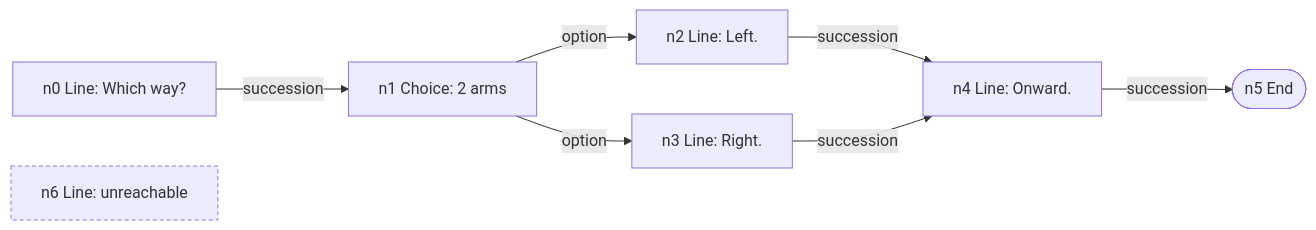
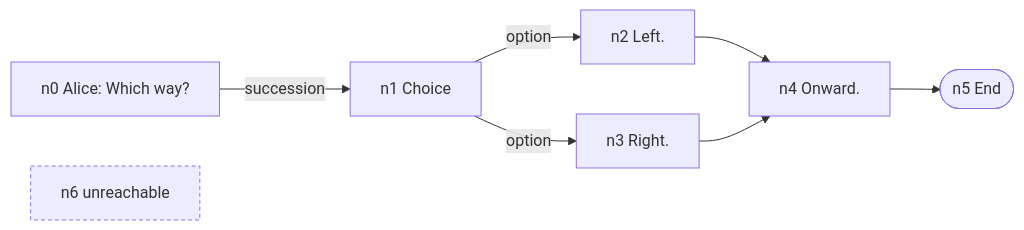
One commit to pengzhengyi/dialoguedown changed the diagram in docs/contributing/design-notes/visualization/report/Dialogue Graph Visualization Tab.md. Above: the diagram before and after it, drawn with Mermaid. The commit also changed other lines of this file and 124 other files, not shown here.

````diff
--- a/docs/contributing/design-notes/visualization/report/Dialogue Graph Visualization Tab.md
+++ b/docs/contributing/design-notes/visualization/report/Dialogue Graph Visualization Tab.md
@@ -96,11 +41,11 @@
 ```mermaid
 flowchart LR
-    n0["n0 Line: Which way?"] -->|succession| n1["n1 Choice: 2 arms"]
-    n1 -->|option| n2["n2 Line: Left."]
-    n1 -->|option| n3["n3 Line: Right."]
-    n2 -->|succession| n4["n4 Line: Onward."]
-    n3 -->|succession| n4
-    n4 -->|succession| n5(["n5 End"])
-    n6["n6 Line: unreachable"]:::orphan
+    n0["n0 Alice: Which way?"] -->|succession| n1["n1 Choice"]
+    n1 -->|option| n2["n2 Left."]
+    n1 -->|option| n3["n3 Right."]
+    n2 --> n4["n4 Onward."]
+    n3 --> n4
+    n4 --> n5(["n5 End"])
+    n6["n6 unreachable"]:::orphan
     classDef orphan stroke-dasharray: 4 3
 ```
````
